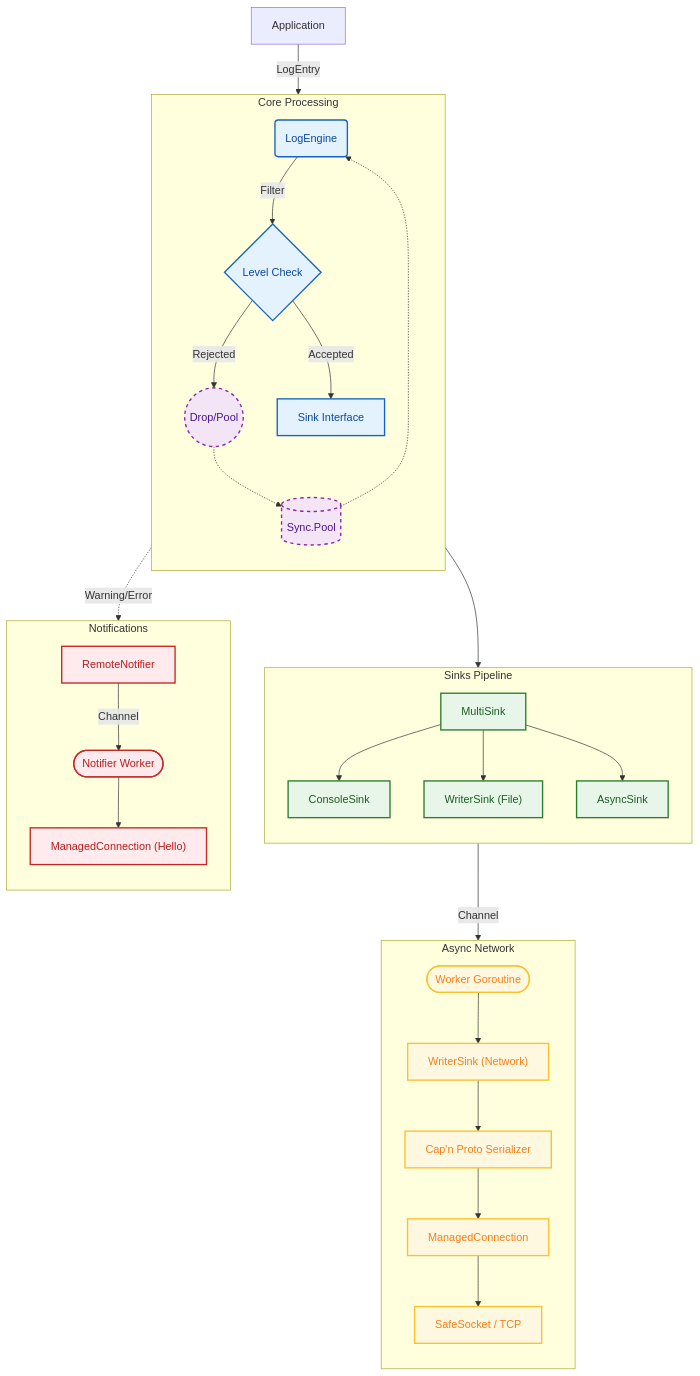
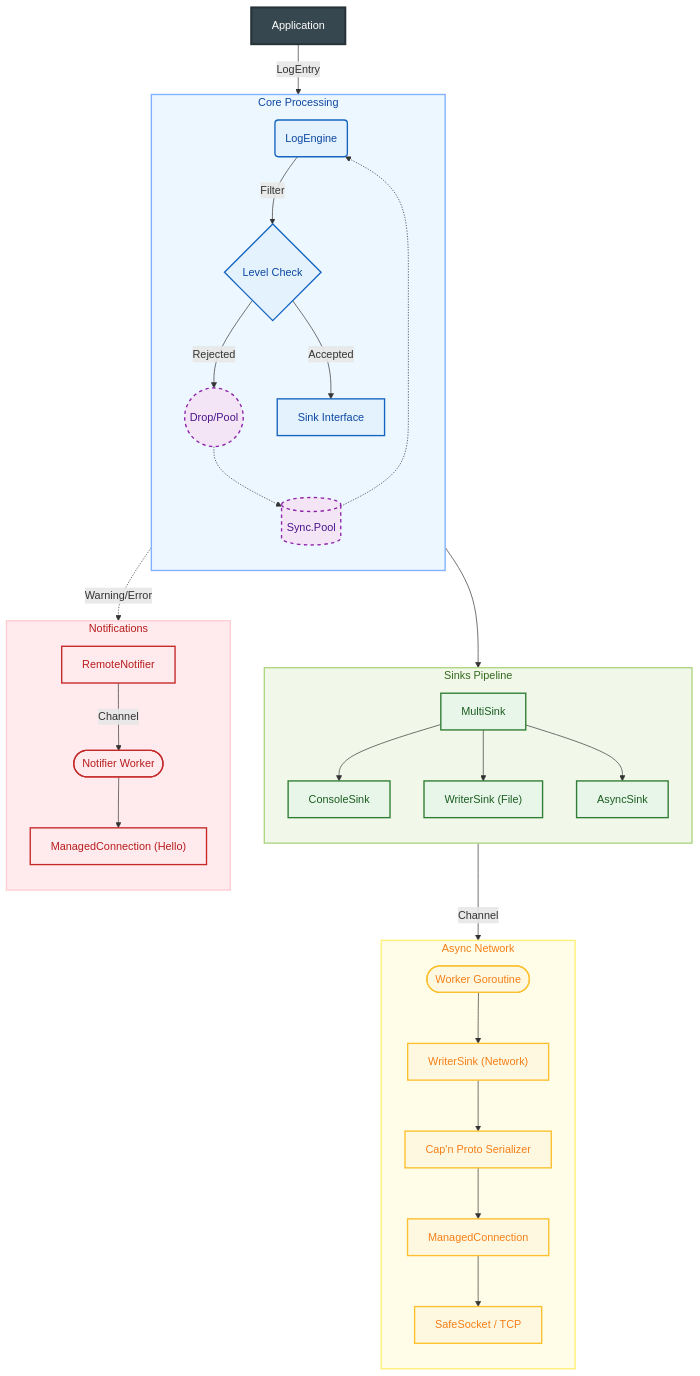
Before and after one commit to Bastien-Antigravity/flexible-logger: the diagram in ARCHITECTURE.md, drawn with Mermaid.

Commit message:
Enhance Architecture diagram with styled subgraphs

````diff
--- a/ARCHITECTURE.md
+++ b/ARCHITECTURE.md
@@ -7,47 +7,54 @@
 ```mermaid
 flowchart TD
     %% Styles
     classDef core fill:#e3f2fd,stroke:#1565c0,stroke-width:2px,color:#0d47a1;
     classDef sink fill:#e8f5e9,stroke:#2e7d32,stroke-width:2px,color:#1b5e20;
     classDef net fill:#fff8e1,stroke:#fbc02d,stroke-width:2px,color:#f57f17;
     classDef alert fill:#ffebee,stroke:#c62828,stroke-width:2px,color:#b71c1c;
     classDef pool fill:#f3e5f5,stroke:#8e24aa,stroke-width:2px,stroke-dasharray: 5 5,color:#4a148c;
 
+    %% Application Node Styling
+    style App fill:#37474f,stroke:#263238,stroke-width:3px,color:#ffffff
+
     %% Nodes
     App[Application] -->|LogEntry| Engine(LogEngine):::core
     
-    subgraph Core Processing
+    subgraph Core [Core Processing]
         direction TB
         Engine -->|Filter| Decision{Level Check}:::core
         Decision -- "Rejected" --> Drop((Drop/Pool)):::pool
         Decision -- "Accepted" --> Sinks[Sink Interface]:::core
         
         %% Pool Cycle
         Drop -.-> Pool[(Sync.Pool)]:::pool
         Pool -.-> Engine
     end
+    style Core fill:#edf7ff,stroke:#82b1ff,stroke-width:2px,color:#0d47a1
     
-    subgraph Sinks Pipeline
+    subgraph SinksPipe [Sinks Pipeline]
         direction TB
         Sinks --> Multi[MultiSink]:::sink
         Multi --> Console[ConsoleSink]:::sink
         Multi --> File["WriterSink (File)"]:::sink
         Multi --> Async[AsyncSink]:::sink
     end
+    style SinksPipe fill:#f1f8e9,stroke:#aed581,stroke-width:2px,color:#33691e
     
-    subgraph Async Network
+    subgraph AsyncNet [Async Network]
         direction TB
         Async -- Channel --> Worker([Worker Goroutine]):::net
         Worker --> NetSink["WriterSink (Network)"]:::net
         NetSink --> Serializer["Cap'n Proto Serializer"]:::net
         Serializer --> ManagedConn[ManagedConnection]:::net
         ManagedConn --> Socket["SafeSocket / TCP"]:::net
     end
+    style AsyncNet fill:#fffde7,stroke:#fff176,stroke-width:2px,color:#f57f17
     
-    subgraph Notifications
+    subgraph Notif [Notifications]
         direction TB
         Engine -. "Warning/Error" .-> Notifier[RemoteNotifier]:::alert
         Notifier -- Channel --> NotifWorker([Notifier Worker]):::alert
         NotifWorker --> NotifConn["ManagedConnection (Hello)"]:::alert
     end
+    style Notif fill:#ffebee,stroke:#ffcdd2,stroke-width:2px,color:#b71c1c
 ```
````
